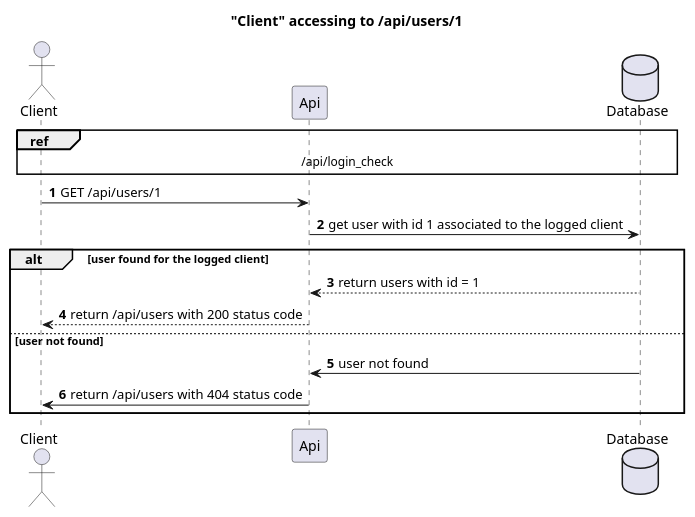
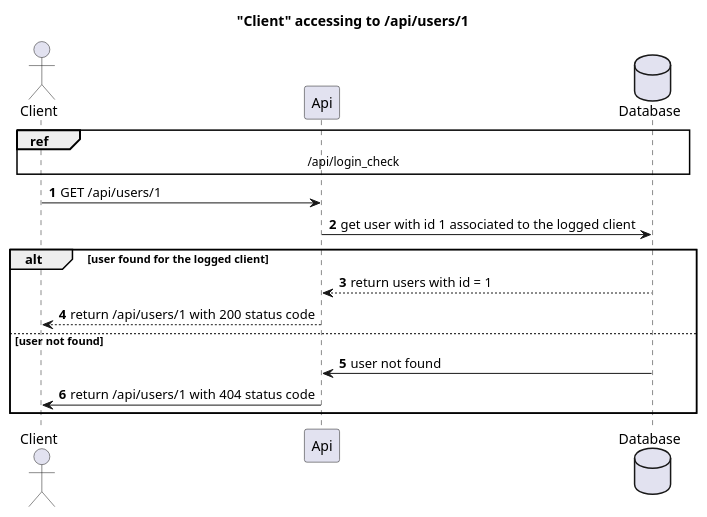
One commit to Casrime/bilemo changed the diagram in uml/sequence/show-user.puml. Above: the diagram before and after it, drawn with PlantUML. The commit also changed 1 other file, not shown here.

Commit message:
Update UML diagrams

```diff
--- a/uml/sequence/show-user.puml
+++ b/uml/sequence/show-user.puml
@@ -1,21 +1,21 @@
 @startuml
 autonumber
 title       "Client" accessing to /api/users/1
 actor       "Client"
 participant Api
 database    Database
 
 ref over "Client", Api, Database
     /api/login_check
 end ref
 "Client" -> Api: GET /api/users/1
 Api -> Database: get user with id 1 associated to the logged client
 alt user found for the logged client
     Database --> Api: return users with id = 1
-    "Client" <-- Api: return /api/users with 200 status code
+    "Client" <-- Api: return /api/users/1 with 200 status code
 else user not found
     Database -> Api: user not found
-    Api -> "Client": return /api/users with 404 status code
+    Api -> "Client": return /api/users/1 with 404 status code
 end
 
 @enduml
```
